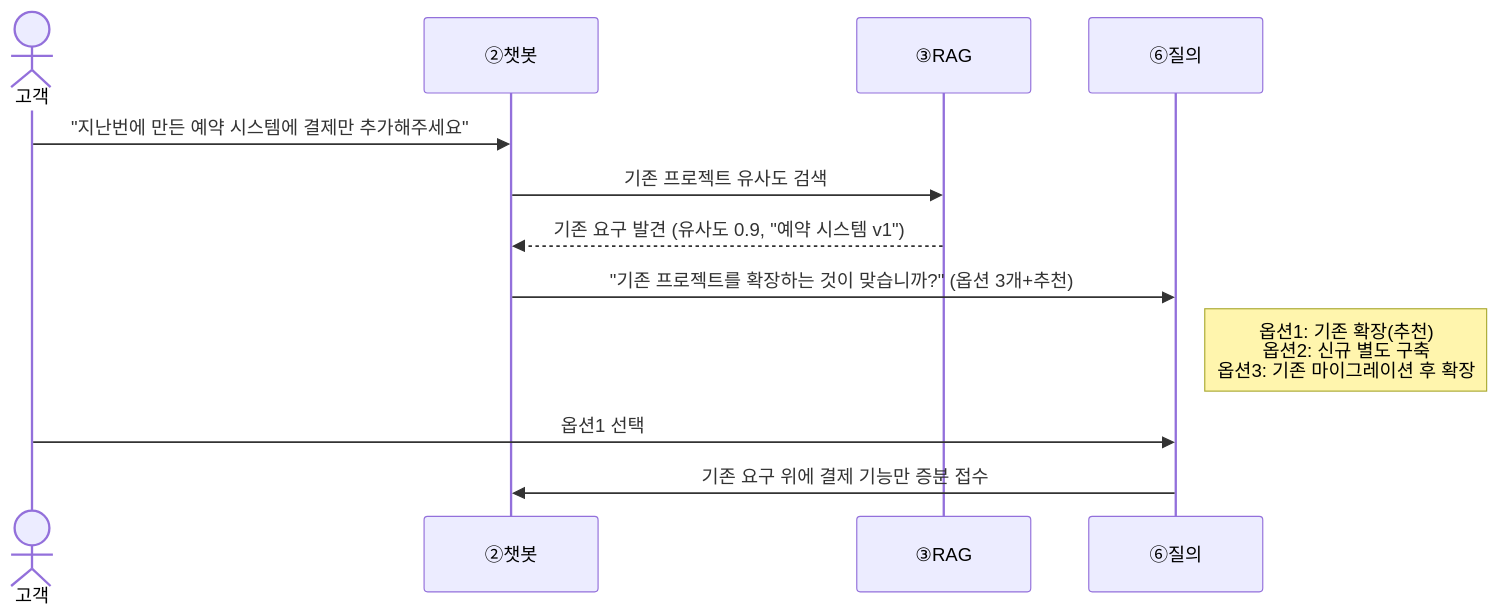
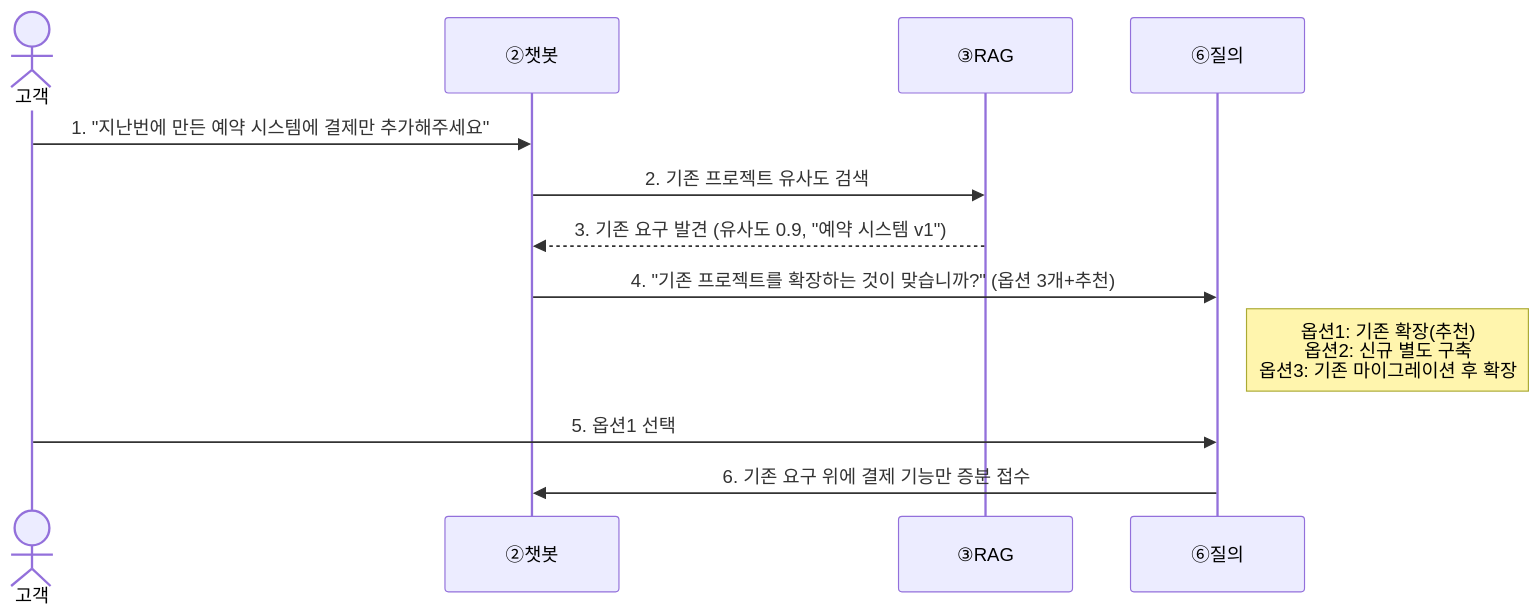
One commit to kyungsikjeung/agt001 changed the third of 5 diagrams in README.md. Above: the diagram before and after it, drawn with Mermaid. The commit also changed other lines of this file and 1 other file, not shown here.

First line of the commit message:
Number every sequence diagram step and add explanation tables

````diff
--- a/README.md
+++ b/README.md
@@ -74,15 +88,15 @@
 ```mermaid
 sequenceDiagram
     actor 고객
     participant 챗봇 as ②챗봇
     participant RAG as ③RAG
     participant 질의 as ⑥질의
 
-    고객->>챗봇: "지난번에 만든 예약 시스템에 결제만 추가해주세요"
-    챗봇->>RAG: 기존 프로젝트 유사도 검색
-    RAG-->>챗봇: 기존 요구 발견 (유사도 0.9, "예약 시스템 v1")
-    챗봇->>질의: "기존 프로젝트를 확장하는 것이 맞습니까?" (옵션 3개+추천)
+    고객->>챗봇: 1. "지난번에 만든 예약 시스템에 결제만 추가해주세요"
+    챗봇->>RAG: 2. 기존 프로젝트 유사도 검색
+    RAG-->>챗봇: 3. 기존 요구 발견 (유사도 0.9, "예약 시스템 v1")
+    챗봇->>질의: 4. "기존 프로젝트를 확장하는 것이 맞습니까?" (옵션 3개+추천)
     Note right of 질의: 옵션1: 기존 확장(추천)<br/>옵션2: 신규 별도 구축<br/>옵션3: 기존 마이그레이션 후 확장
-    고객->>질의: 옵션1 선택
-    질의->>챗봇: 기존 요구 위에 결제 기능만 증분 접수
+    고객->>질의: 5. 옵션1 선택
+    질의->>챗봇: 6. 기존 요구 위에 결제 기능만 증분 접수
 ```
````
